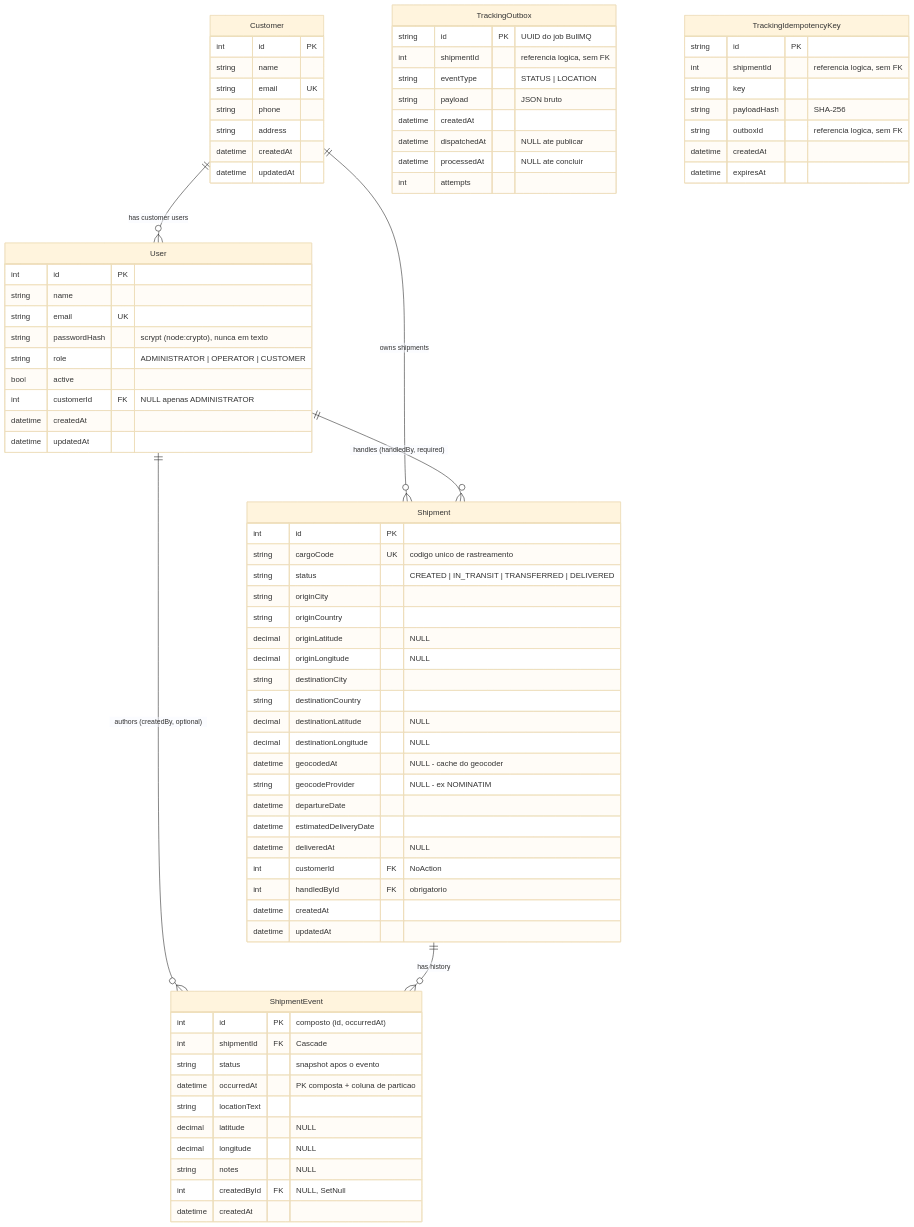
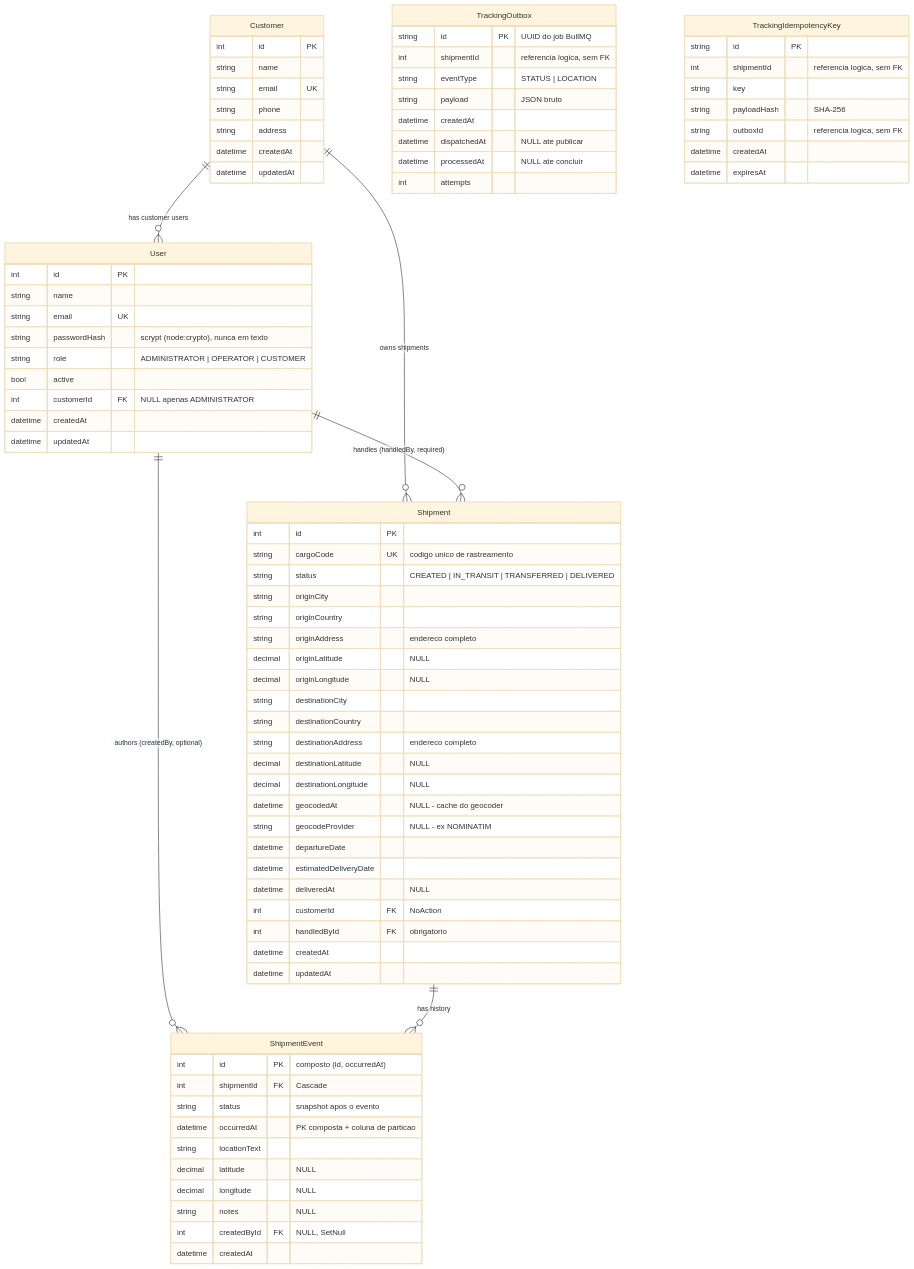
One commit to wellingtonfds/shipment-tracking-service changed the diagram in docs/DATABASE.md. Above: the diagram before and after it, drawn with Mermaid (base theme). The commit also changed other lines of this file and 35 other files, not shown here.

```diff
--- a/docs/DATABASE.md
+++ b/docs/DATABASE.md
@@ -55,10 +55,12 @@
         string status "CREATED | IN_TRANSIT | TRANSFERRED | DELIVERED"
         string originCity
         string originCountry
+        string originAddress "endereco completo"
         decimal originLatitude "NULL"
         decimal originLongitude "NULL"
         string destinationCity
         string destinationCountry
+        string destinationAddress "endereco completo"
         decimal destinationLatitude "NULL"
         decimal destinationLongitude "NULL"
         datetime geocodedAt "NULL - cache do geocoder"
```
